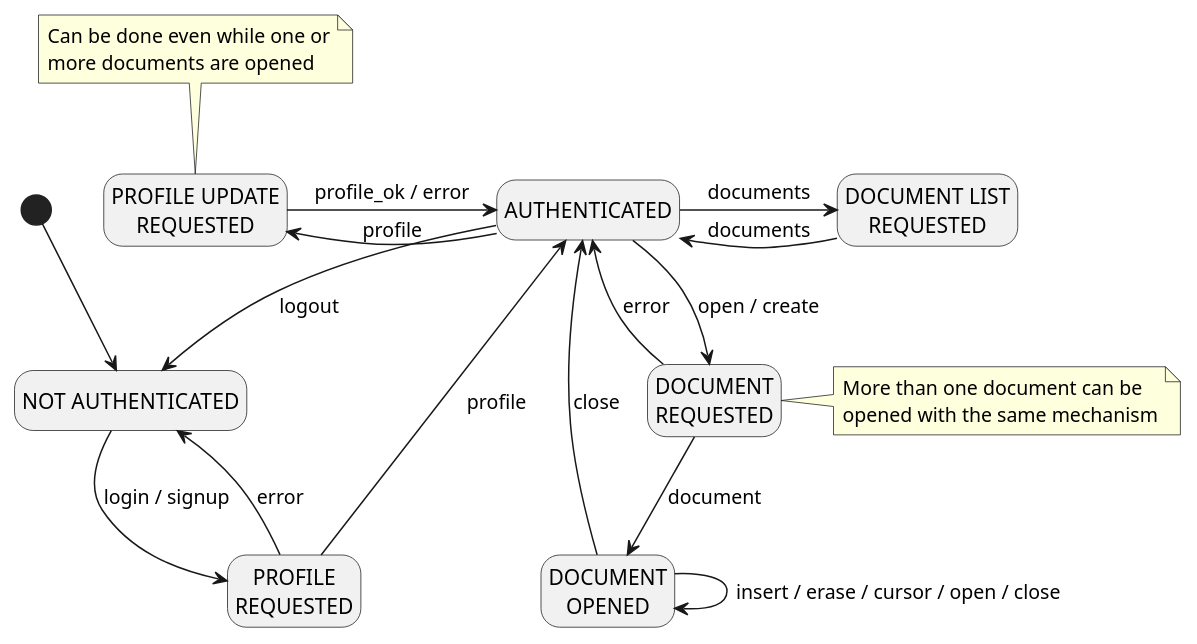
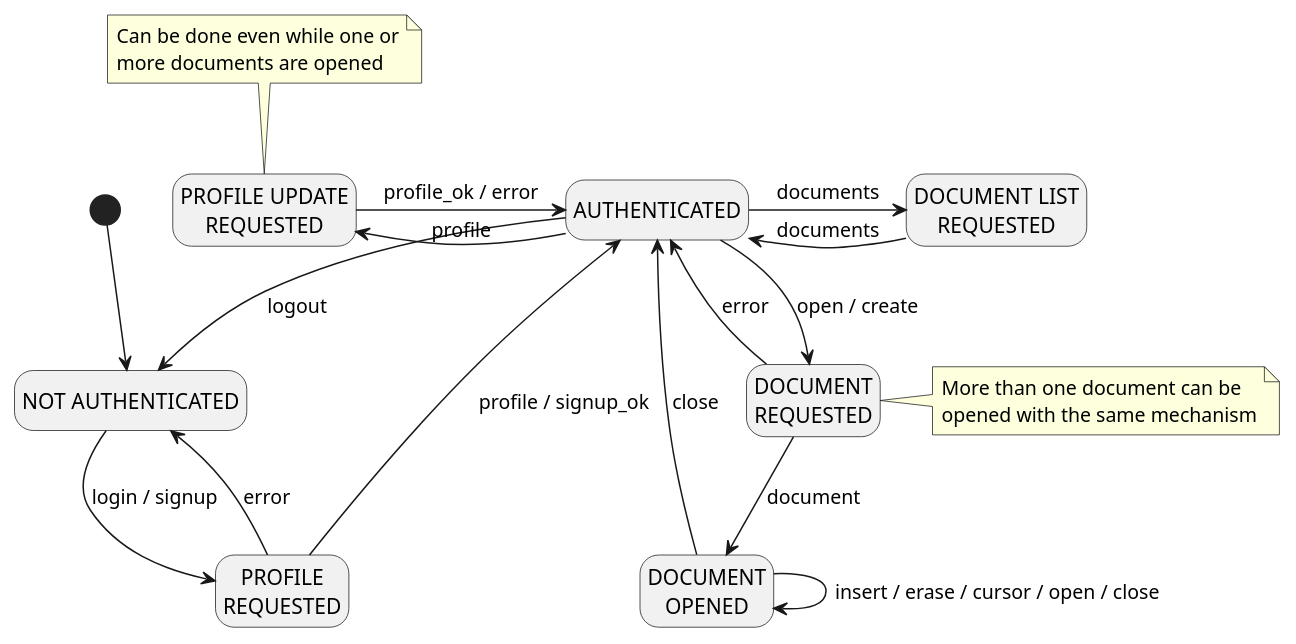
Before and after one commit to franco-ruggeri/write-together: the diagram in docs/plantuml/protocol.pu, drawn with PlantUML. The commit also changed 34 other files, not shown here.

```diff
--- a/docs/plantuml/protocol.pu
+++ b/docs/plantuml/protocol.pu
@@ -1,33 +1,33 @@
 @startuml
 hide empty description
 
 state "NOT AUTHENTICATED" as na
 state "PROFILE\nREQUESTED" as pr
 state "AUTHENTICATED" as a
 state "DOCUMENT LIST\nREQUESTED" as dlr
 state "DOCUMENT\nREQUESTED" as dr
 state "DOCUMENT\nOPENED" as do
 state "PROFILE UPDATE\nREQUESTED" as pur
 
 [*] --> na
 
 na --> pr : login / signup
-pr --> a : profile
+pr --> a : profile / signup_ok
 pr --> na : error
 a --> na : logout
 
 a -left-> pur : profile
 pur -right-> a : profile_ok / error
 
 a -right-> dlr : documents
 dlr -left-> a : documents
 
 a --> dr : open / create
 dr --> do : document
 dr --> a : error
 do --> a : close
 do --> do : insert / erase / cursor / open / close
 
 note top of pur : Can be done even while one or\nmore documents are opened
 note right of dr : More than one document can be\nopened with the same mechanism
 @enduml
```
